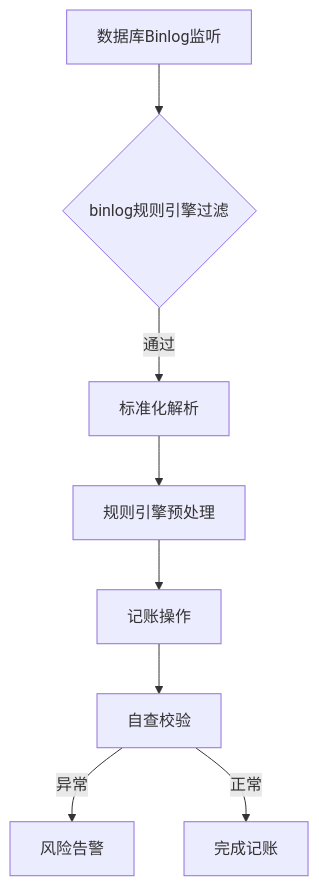
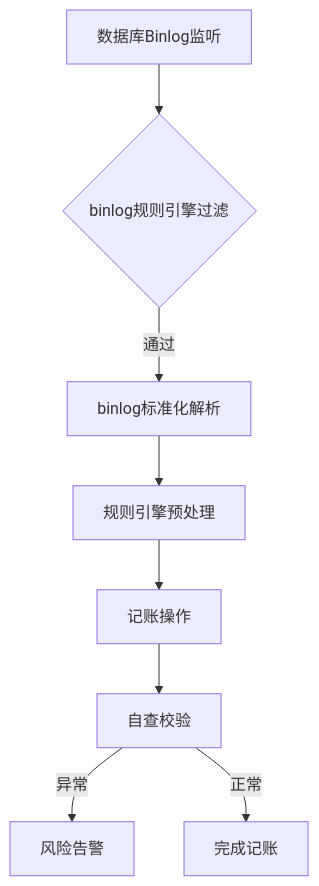
The diagram in all/架构流程.md (87828943/iodraw-files), drawn with Mermaid before and after one commit.

Commit message:
2025-07-07 10:55:22 update

````diff
--- a/all/架构流程.md
+++ b/all/架构流程.md
@@ -1,10 +1,10 @@
 ```mermaid
 graph TD
     A[数据库Binlog监听] --> B{binlog规则引擎过滤}
-    B -->|通过| C[标准化解析]
+    B -->|通过| C[binlog标准化解析]
     C --> D[规则引擎预处理]
     D --> E[记账操作]
     E --> F[自查校验]
     F -->|异常| G[风险告警]
     F -->|正常| H[完成记账]
 ```
````
